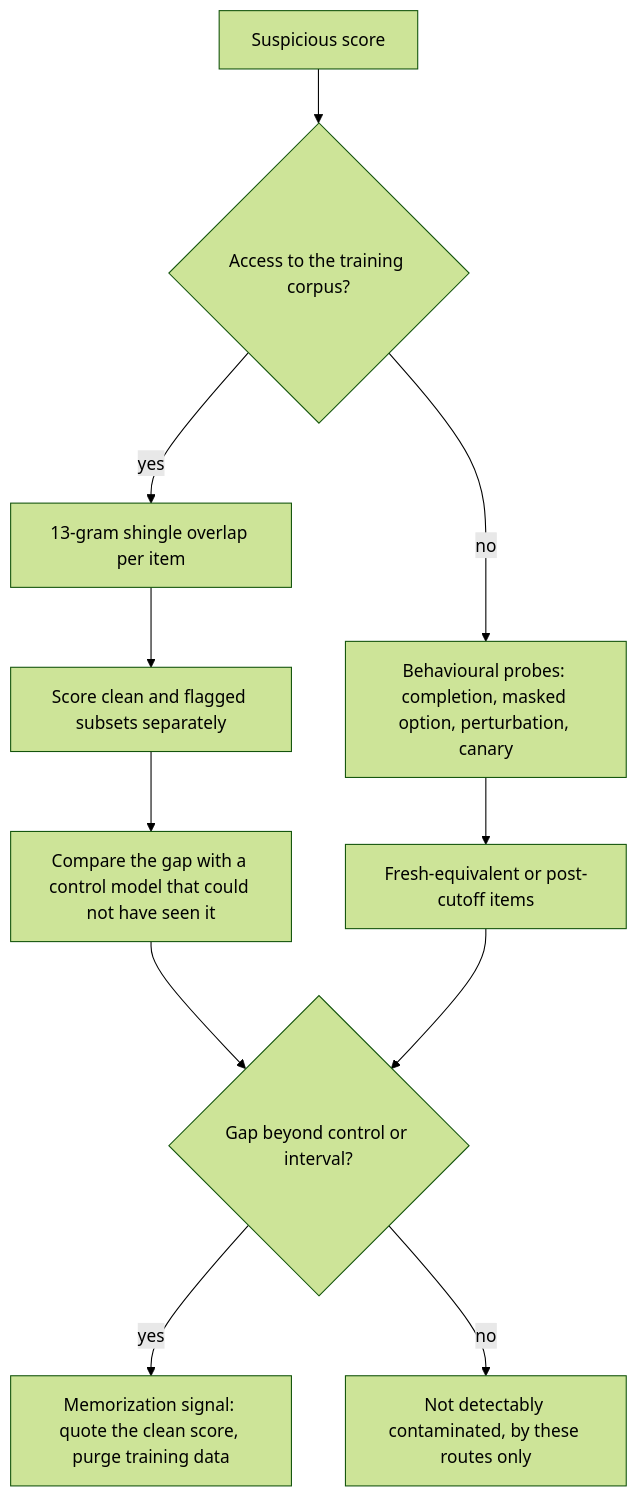
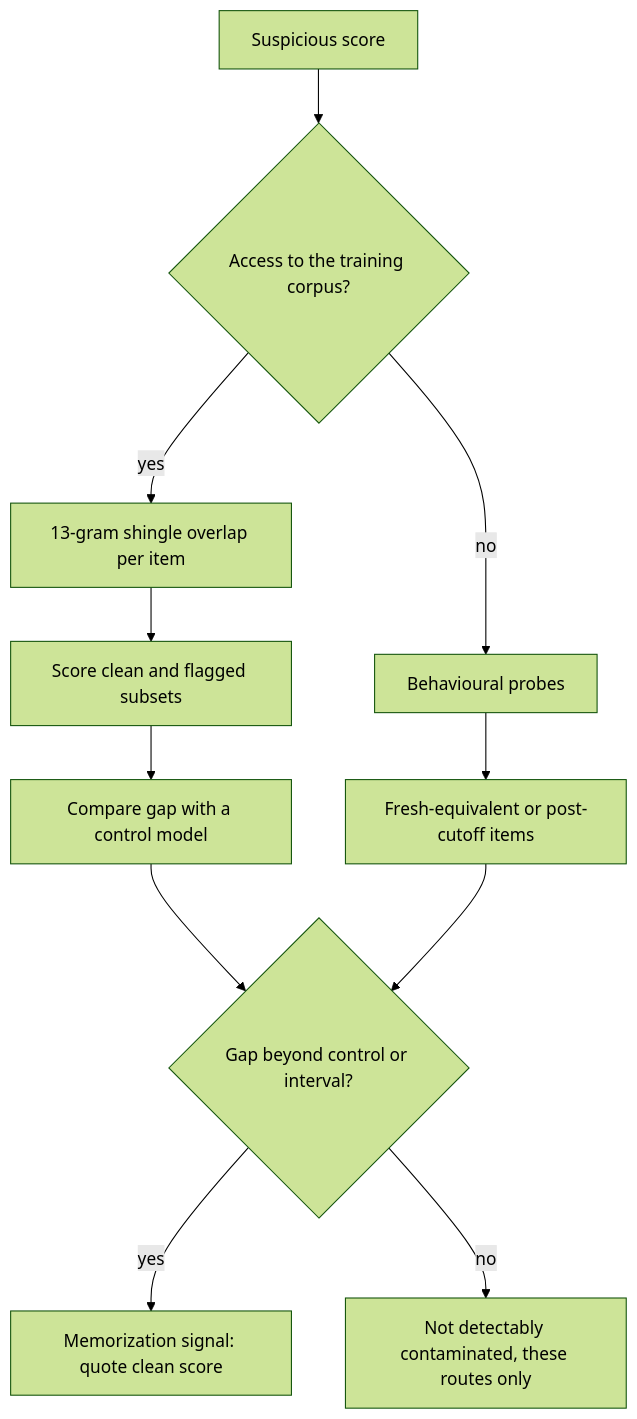
One commit to lovishmahajan97/agentic-learning changed the diagram in content/evals/dataset-contamination.md. Above: the diagram before and after it, drawn with Mermaid (forest theme). The commit also changed other lines of this file and 81 other files, not shown here.

````diff
--- a/content/evals/dataset-contamination.md
+++ b/content/evals/dataset-contamination.md
@@ -122,13 +123,13 @@
 ```mermaid
 flowchart TD
     S["Suspicious score"] --> Q{"Access to the training corpus?"}
     Q -->|"yes"| NG["13-gram shingle overlap per item"]
-    NG --> SP["Score clean and flagged subsets separately"]
-    SP --> CT["Compare the gap with a control model that could not have seen it"]
-    Q -->|"no"| BP["Behavioural probes: completion, masked option, perturbation, canary"]
+    NG --> SP["Score clean and flagged subsets"]
+    SP --> CT["Compare gap with a control model"]
+    Q -->|"no"| BP["Behavioural probes"]
     BP --> FR["Fresh-equivalent or post-cutoff items"]
     CT --> V{"Gap beyond control or interval?"}
     FR --> V
-    V -->|"yes"| M["Memorization signal: quote the clean score, purge training data"]
-    V -->|"no"| ND["Not detectably contaminated, by these routes only"]
+    V -->|"yes"| M["Memorization signal: quote clean score"]
+    V -->|"no"| ND["Not detectably contaminated, these routes only"]
 ```
````
